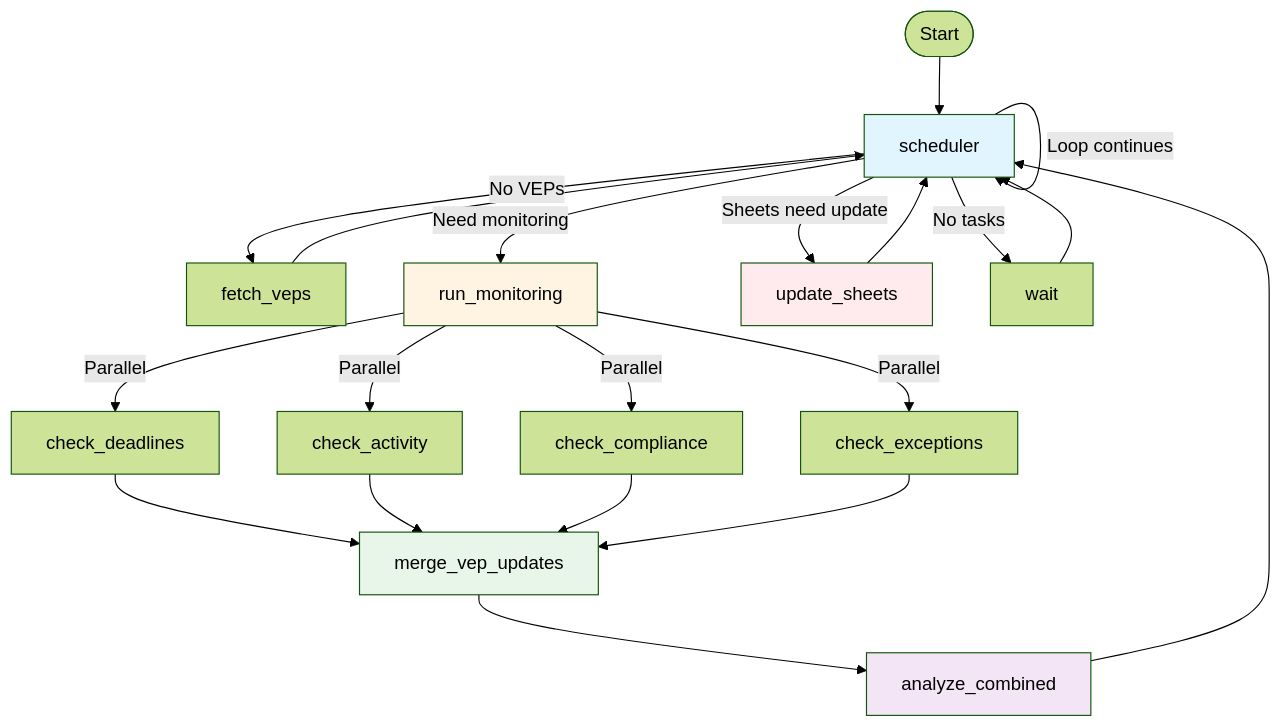
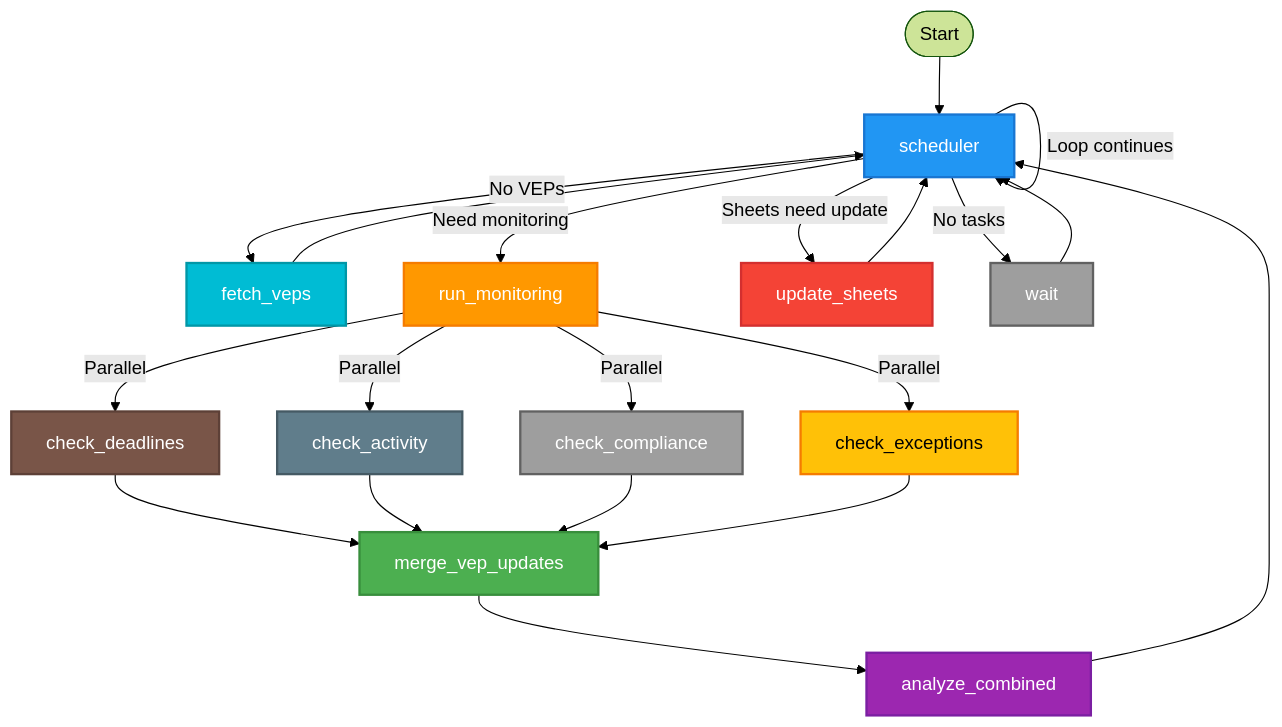
Before and after one commit to iholder101/vep-police-agent: the diagram in README.md, drawn with Mermaid (forest theme).

Commit message:
Make Mermaid diagram nodes darker and more visible
- Use darker, more saturated colors for all nodes
- Add white text color for dark backgrounds
- Add stroke borders for better definition
- Apply colors to all nodes, not just a few
- Improves readability and visual contrast

````diff
--- a/README.md
+++ b/README.md
@@ -164,34 +164,40 @@
 ```mermaid
 graph TD
     Start([Start]) --> Scheduler[scheduler]
     
     Scheduler -->|No VEPs| FetchVEPs[fetch_veps]
     Scheduler -->|Need monitoring| RunMonitoring[run_monitoring]
     Scheduler -->|Sheets need update| UpdateSheets[update_sheets]
     Scheduler -->|No tasks| Wait[wait]
     
     RunMonitoring -->|Parallel| CheckDeadlines[check_deadlines]
     RunMonitoring -->|Parallel| CheckActivity[check_activity]
     RunMonitoring -->|Parallel| CheckCompliance[check_compliance]
     RunMonitoring -->|Parallel| CheckExceptions[check_exceptions]
     
     CheckDeadlines --> MergeUpdates[merge_vep_updates]
     CheckActivity --> MergeUpdates
     CheckCompliance --> MergeUpdates
     CheckExceptions --> MergeUpdates
     
     MergeUpdates --> AnalyzeCombined[analyze_combined]
     AnalyzeCombined --> Scheduler
     
     FetchVEPs --> Scheduler
     UpdateSheets --> Scheduler
     Wait --> Scheduler
     
     Scheduler -->|Loop continues| Scheduler
     
-    style Scheduler fill:#e1f5ff
-    style RunMonitoring fill:#fff4e1
-    style MergeUpdates fill:#e8f5e9
-    style AnalyzeCombined fill:#f3e5f5
-    style UpdateSheets fill:#ffebee
+    style Scheduler fill:#2196F3,stroke:#1976D2,stroke-width:2px,color:#fff
+    style RunMonitoring fill:#FF9800,stroke:#F57C00,stroke-width:2px,color:#fff
+    style MergeUpdates fill:#4CAF50,stroke:#388E3C,stroke-width:2px,color:#fff
+    style AnalyzeCombined fill:#9C27B0,stroke:#7B1FA2,stroke-width:2px,color:#fff
+    style UpdateSheets fill:#F44336,stroke:#D32F2F,stroke-width:2px,color:#fff
+    style FetchVEPs fill:#00BCD4,stroke:#0097A7,stroke-width:2px,color:#fff
+    style CheckDeadlines fill:#795548,stroke:#5D4037,stroke-width:2px,color:#fff
+    style CheckActivity fill:#607D8B,stroke:#455A64,stroke-width:2px,color:#fff
+    style CheckCompliance fill:#9E9E9E,stroke:#616161,stroke-width:2px,color:#fff
+    style CheckExceptions fill:#FFC107,stroke:#F57C00,stroke-width:2px,color:#000
+    style Wait fill:#9E9E9E,stroke:#616161,stroke-width:2px,color:#fff
 ```
````
